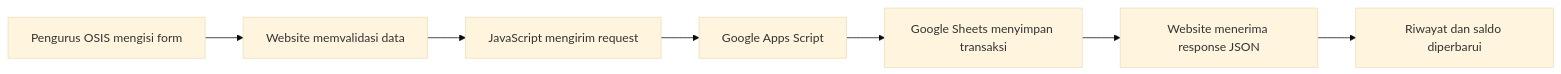
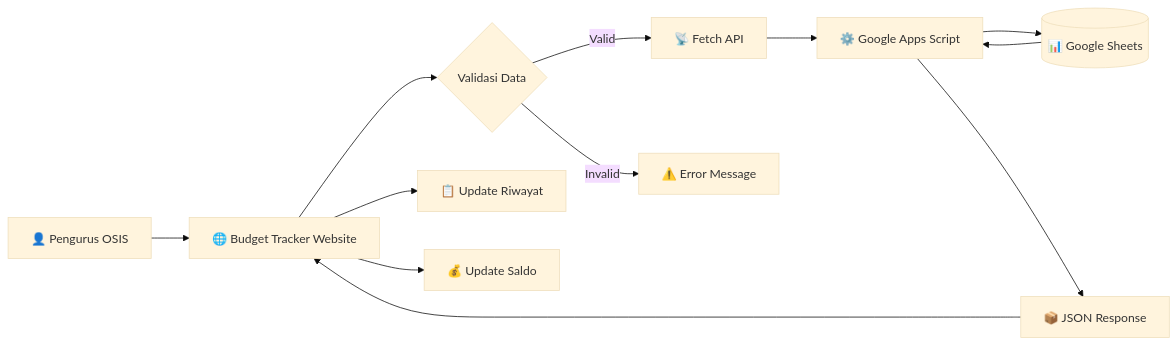
Before and after one commit to osis-smafista/Budget-Tracker-Osis: the first of 2 diagrams in README.md, drawn with Mermaid (base theme). The commit also changed other lines of this file, not shown here.

````diff
--- a/README.md
+++ b/README.md
@@ -97,9 +147,24 @@
 ```mermaid
 flowchart LR
-		A[Pengurus OSIS mengisi form] --> B[Website memvalidasi data]
-		B --> C[JavaScript mengirim request]
-		C --> D[Google Apps Script]
-		D --> E[Google Sheets menyimpan transaksi]
-		E --> F[Website menerima response JSON]
-		F --> G[Riwayat dan saldo diperbarui]
+
+A[👤 Pengurus OSIS] --> B[🌐 Budget Tracker Website]
+
+B --> C{Validasi Data}
+
+C -->|Valid| D[📡 Fetch API]
+
+C -->|Invalid| E[⚠️ Error Message]
+
+D --> F[⚙️ Google Apps Script]
+
+F --> G[(📊 Google Sheets)]
+
+G --> F
+
+F --> H[📦 JSON Response]
+
+H --> B
+
+B --> I[📋 Update Riwayat]
+B --> J[💰 Update Saldo]
 ```
````
